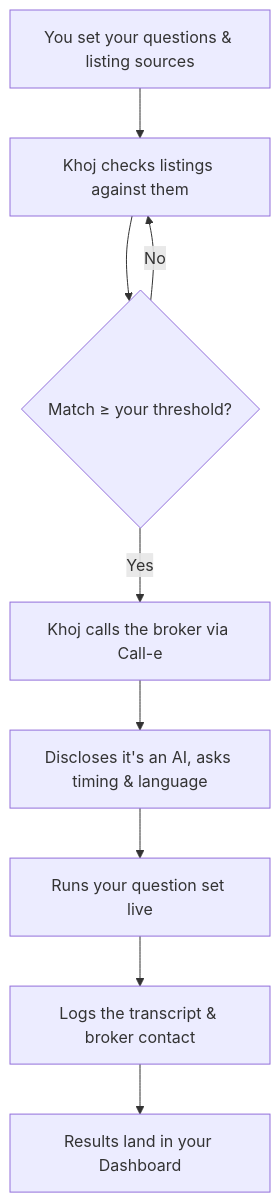
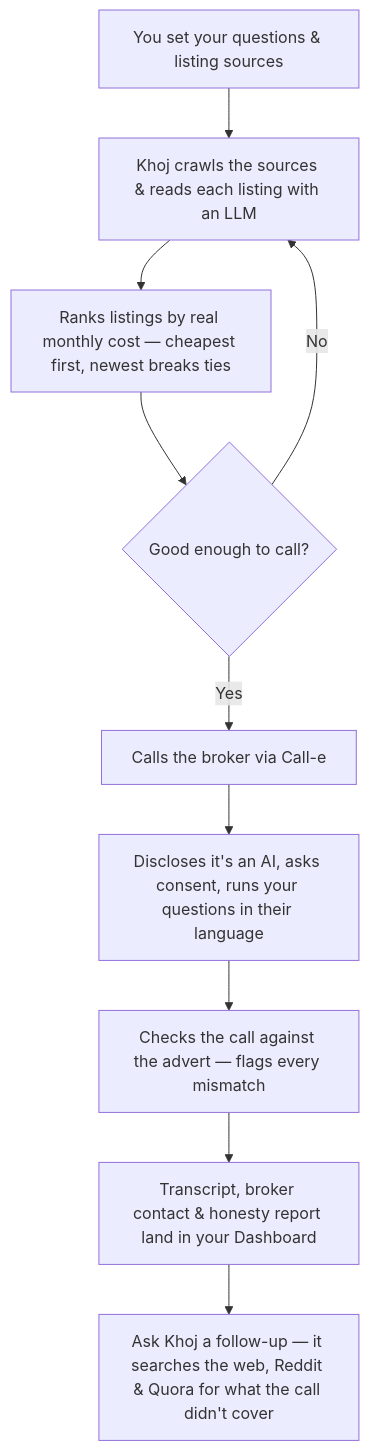
The diagram in README.md (manyamharshitha/KHOJ), drawn with Mermaid before and after one commit. The commit also changed other lines of this file, not shown here.

````diff
--- a/README.md
+++ b/README.md
@@ -40,11 +47,12 @@
 ```mermaid
 flowchart TD
-    A[You set your questions & listing sources] --> B[Khoj checks listings against them]
-    B --> C{Match ≥ your threshold?}
-    C -- No --> B
-    C -- Yes --> D[Khoj calls the broker via Call-e]
-    D --> E[Discloses it's an AI, asks timing & language]
-    E --> F[Runs your question set live]
-    F --> G[Logs the transcript & broker contact]
-    G --> H[Results land in your Dashboard]
+    A["You set your questions & listing sources"] --> B["Khoj crawls the sources & reads each listing with an LLM"]
+    B --> C["Ranks listings by real monthly cost — cheapest first, newest breaks ties"]
+    C --> D{"Good enough to call?"}
+    D -- "No" --> B
+    D -- "Yes" --> E["Calls the broker via Call-e"]
+    E --> F["Discloses it's an AI, asks consent, runs your questions in their language"]
+    F --> G["Checks the call against the advert — flags every mismatch"]
+    G --> H["Transcript, broker contact & honesty report land in your Dashboard"]
+    H --> I["Ask Khoj a follow-up — it searches the web, Reddit & Quora for what the call didn't cover"]
 ```
````
